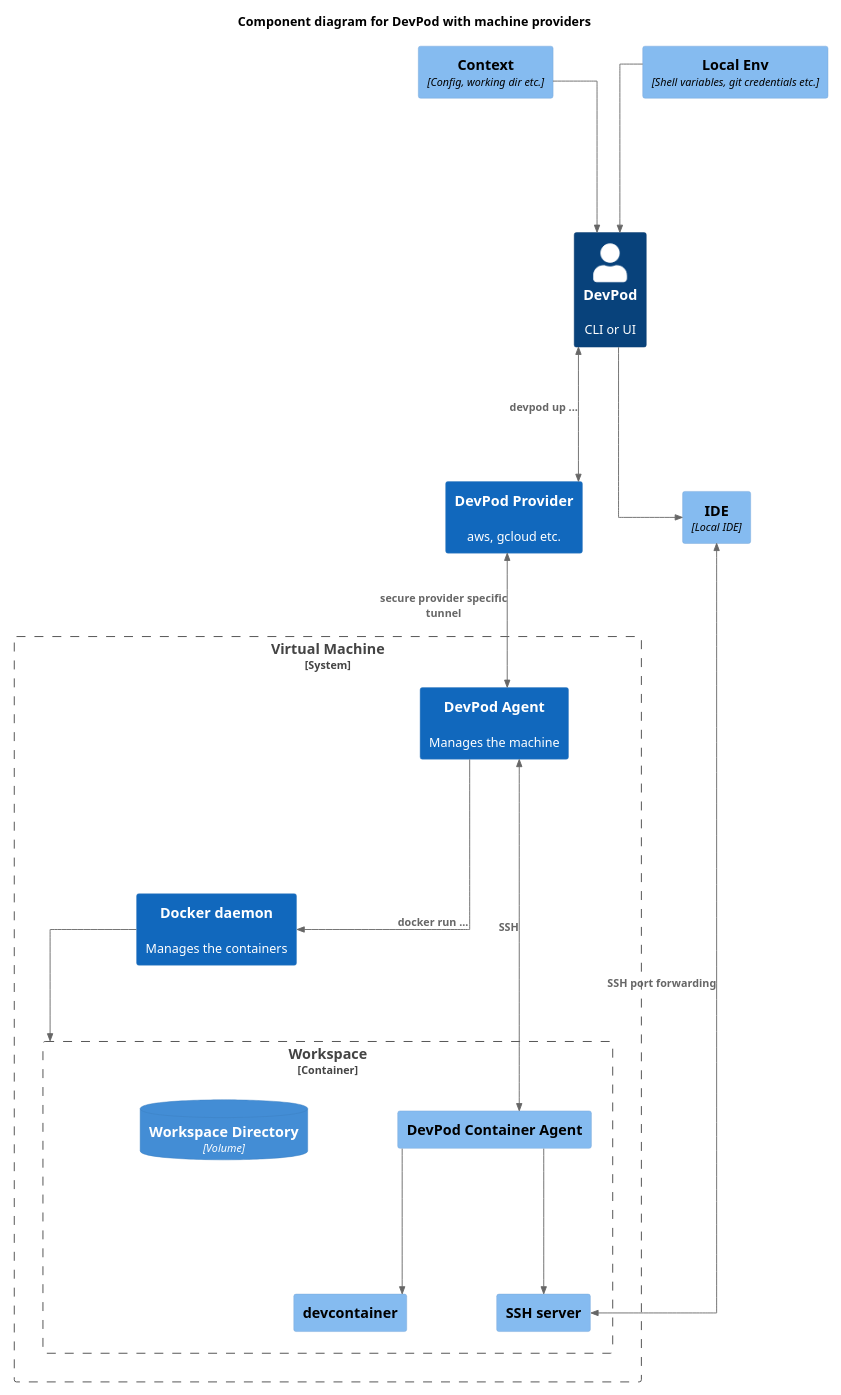
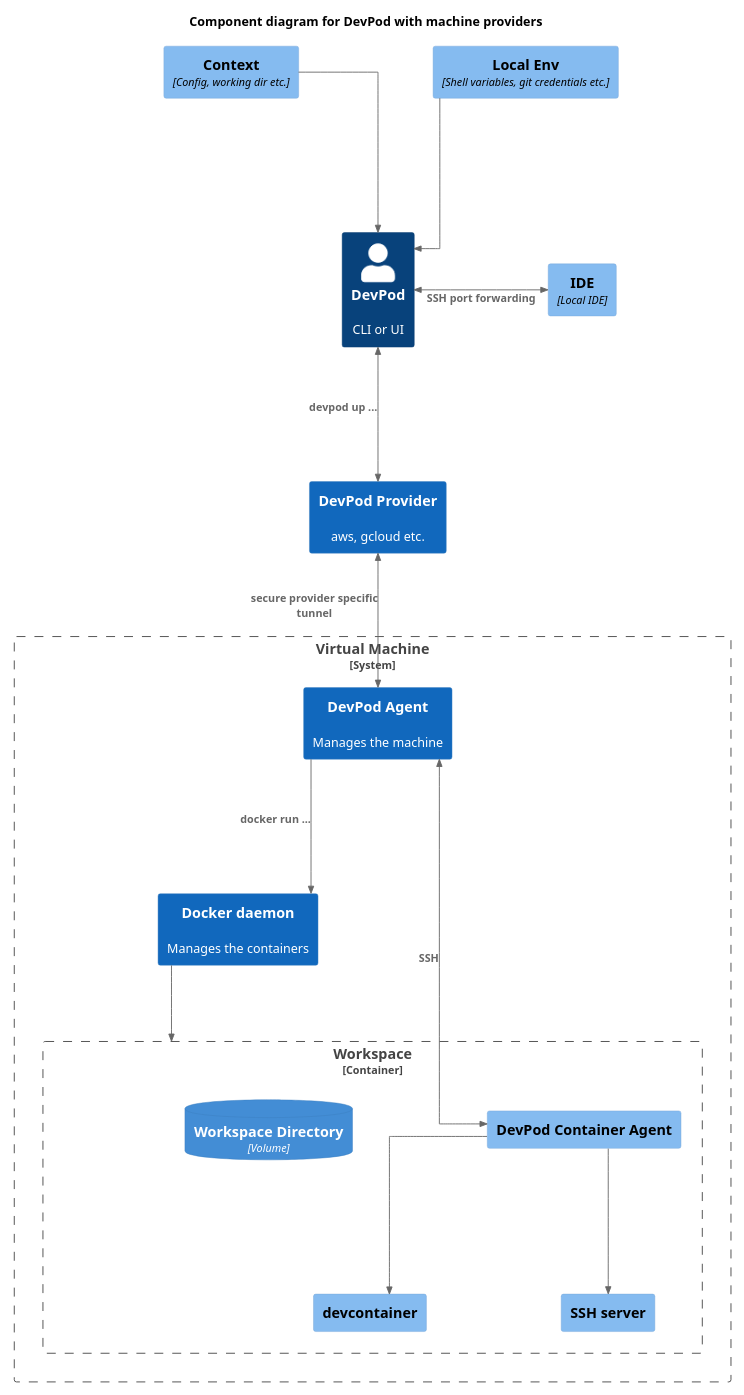
Before and after one commit to loft-sh/devpod: the diagram in docs/uml/c4_machines.puml, drawn with PlantUML. The commit also changed 9 other files, not shown here.

```diff
--- a/docs/uml/c4_machines.puml
+++ b/docs/uml/c4_machines.puml
@@ -1,42 +1,41 @@
 @startuml
 !include https://raw.githubusercontent.com/plantuml-stdlib/C4-PlantUML/master/C4_Component.puml
 
 skinparam linetype ortho
-skinparam nodesep 100
+skinparam nodesep 150
 skinparam ranksep 150
 scale 1920x1080
 
 HIDE_STEREOTYPE()
 LAYOUT_TOP_DOWN()
 
 title Component diagram for DevPod with machine providers
 
 Person(user, "DevPod", "CLI or UI")
 System(prov, "DevPod Provider", "aws, gcloud etc.")
 Component(ide, "IDE", "Local IDE")
 Component(ctx, "Context", "Config, working dir etc.")
 Component(env, "Local Env", "Shell variables, git credentials etc.")
 
 System_Boundary(cluster, "Virtual Machine") {
   System(controlPlane, "DevPod Agent", "Manages the machine")
   System(dockerd, "Docker daemon", "Manages the containers")
   Container_Boundary(ws, "Workspace") {
     Component(runner, "devcontainer", "")
     Component(agent, "DevPod Container Agent", "")
     Component(ssh, "SSH server", "")
     ContainerDb(dir, "Workspace Directory", "Volume", "")
   }
 }
 
 BiRel(user, prov, " devpod up ...")
 BiRel(prov, controlPlane, "secure provider specific tunnel")
 Rel(controlPlane, dockerd, "docker run ...")
 Rel(dockerd, ws, "")
 Rel(agent, ssh, "")
 Rel(agent, runner, "")
-BiRel_Right(ide, ssh, "SSH port forwarding")
-Rel(user, ide, "")
+BiRel_Right(user, ide, "SSH port forwarding")
 Rel(ctx, user, "")
 Rel(env, user, "")
 BiRel(controlPlane, agent, "SSH  ")
 @enduml
```
